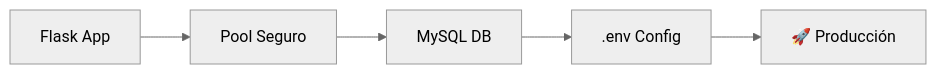
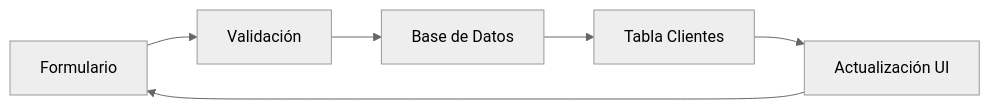
Before and after one commit to Astharmin/Login_UserApp: the second of 2 diagrams in README.md, drawn with Mermaid (neutral theme). The commit also changed other lines of this file, not shown here.

````diff
--- a/README.md
+++ b/README.md
@@ -254,7 +302,8 @@
 ```mermaid
 graph LR
-    A[Flask App] --> B[Pool Seguro]
-    B --> C[MySQL DB]
-    C --> D[.env Config]
-    D --> E[🚀 Producción]
+    A[Formulario] --> B[Validación]
+    B --> C[Base de Datos]
+    C --> D[Tabla Clientes]
+    D --> E[Actualización UI]
+    E --> A
 ```
````
